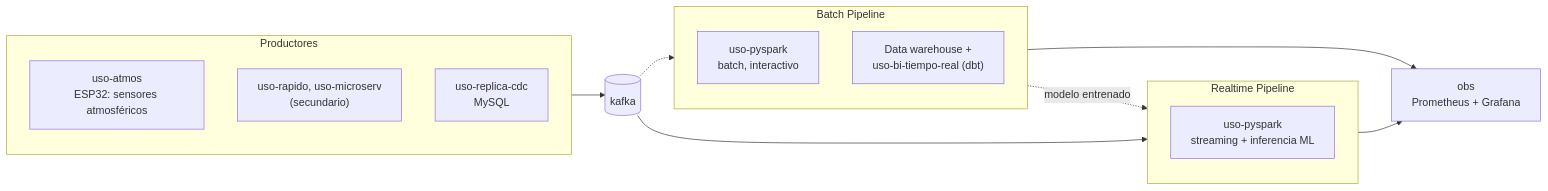
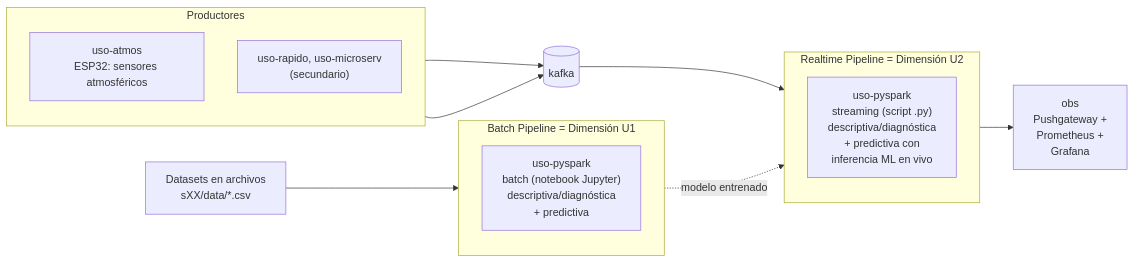
The first of 5 diagrams in docs/sesiones/S01_Arquitectura_Big_Data_Lambda_Kappa.md (262bigdata/lambda26), drawn with Mermaid before and after one commit. The commit also changed other lines of this file, not shown here.

````diff
--- a/docs/sesiones/S01_Arquitectura_Big_Data_Lambda_Kappa.md
+++ b/docs/sesiones/S01_Arquitectura_Big_Data_Lambda_Kappa.md
@@ -60,31 +60,31 @@
 ```mermaid
 flowchart LR
     subgraph Producers["Productores"]
         direction TB
         P1["uso-atmos<br/>ESP32: sensores atmosféricos"]
         P2["uso-rapido, uso-microserv<br/>(secundario)"]
-        P3["uso-replica-cdc<br/>MySQL"]
     end
 
     K[("kafka")]
 
-    subgraph RT["Realtime Pipeline"]
+    subgraph RT["Realtime Pipeline = Dimensión U2"]
         direction TB
-        RT1["uso-pyspark<br/>streaming + inferencia ML"]
+        RT1["uso-pyspark<br/>streaming (script .py)<br/>descriptiva/diagnóstica<br/>+ predictiva con<br/>inferencia ML en vivo"]
     end
 
-    subgraph BP["Batch Pipeline"]
+    subgraph BP["Batch Pipeline = Dimensión U1"]
         direction TB
-        BP1["uso-pyspark<br/>batch, interactivo"]
-        BP2["Data warehouse +<br/>uso-bi-tiempo-real (dbt)"]
+        BP1["uso-pyspark<br/>batch (notebook Jupyter)<br/>descriptiva/diagnóstica<br/>+ predictiva"]
     end
 
-    Grafana["obs<br/>Prometheus + Grafana"]
+    Grafana["obs<br/>Pushgateway +<br/>Prometheus +<br/>Grafana"]
 
-    Producers --> K
+    D["Datasets en archivos<br/>sXX/data/*.csv"]
+
+    P1 --> K
+    P2 --> K
+    D --> BP1
     K --> RT
-    K -.-> BP
     RT1 --> Grafana
-    BP2 --> Grafana
     BP1 -.->|"modelo entrenado"| RT1
 ```
````
